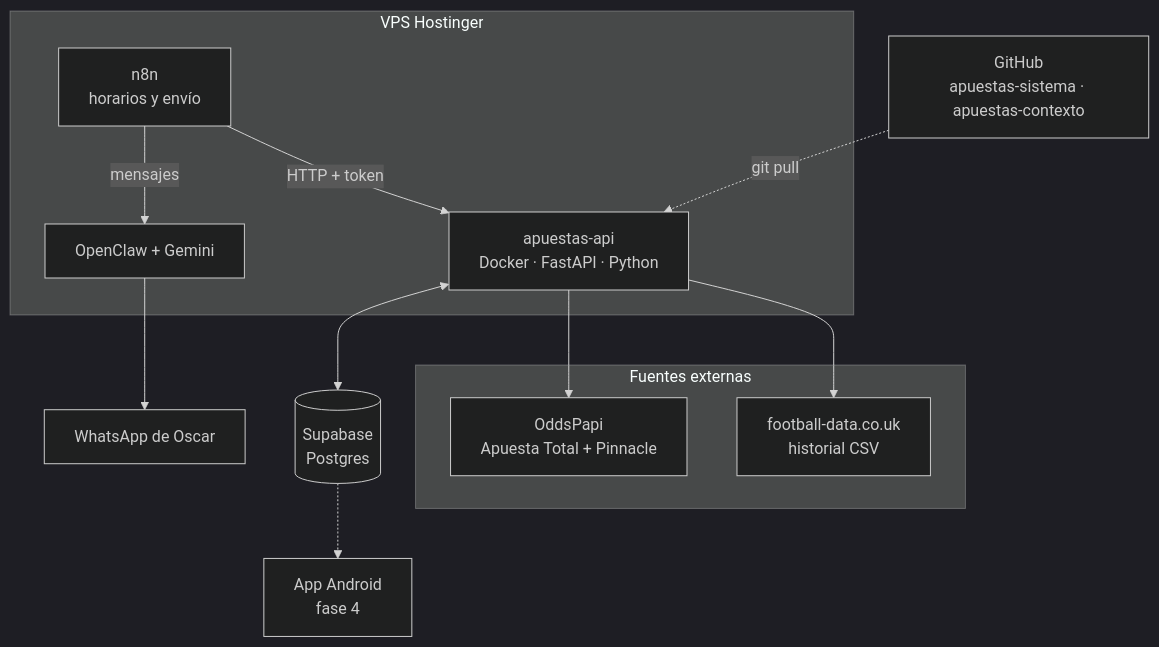
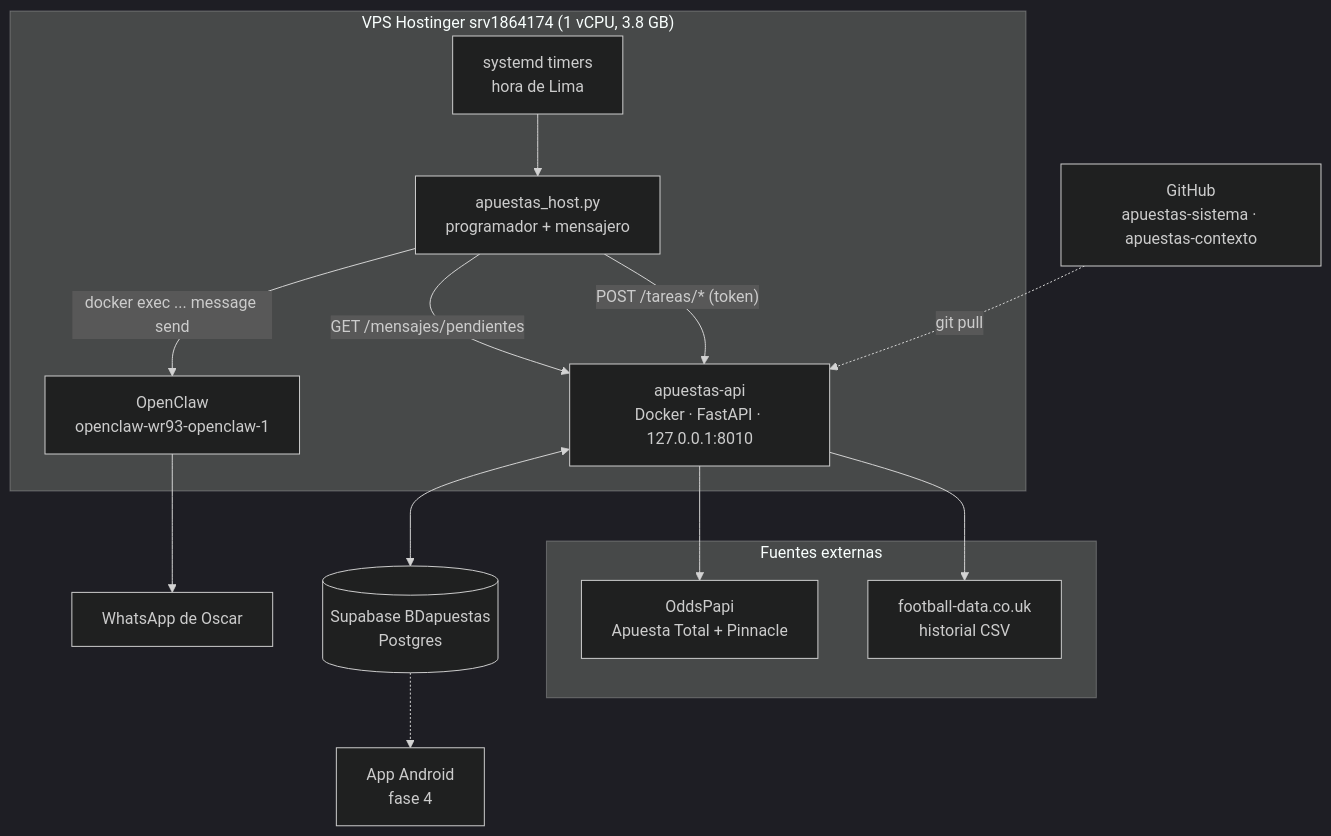
Before and after one commit to Oscar20024/apuestas-contexto: the first of 3 diagrams in 01-arquitectura/arquitectura.md, drawn with Mermaid (dark theme). The commit also changed other lines of this file and 14 other files, not shown here.

Commit message:
v1.2.0: VPS real, Supabase BDapuestas, ADR 0010

````diff
--- a/01-arquitectura/arquitectura.md
+++ b/01-arquitectura/arquitectura.md
@@ -5,26 +5,29 @@
 ```mermaid
 flowchart TB
     subgraph Fuentes externas
         FD[football-data.co.uk<br/>historial CSV]
         OP[OddsPapi<br/>Apuesta Total + Pinnacle]
     end
 
-    subgraph VPS Hostinger
-        N8N[n8n<br/>horarios y envío]
-        API[apuestas-api<br/>Docker · FastAPI · Python]
-        OC[OpenClaw + Gemini]
+    subgraph VPS["VPS Hostinger srv1864174 (1 vCPU, 3.8 GB)"]
+        T[systemd timers<br/>hora de Lima]
+        H[apuestas_host.py<br/>programador + mensajero]
+        API[apuestas-api<br/>Docker · FastAPI · 127.0.0.1:8010]
+        OC[OpenClaw<br/>openclaw-wr93-openclaw-1]
     end
 
-    SB[(Supabase<br/>Postgres)]
+    SB[(Supabase BDapuestas<br/>Postgres)]
     GH[GitHub<br/>apuestas-sistema · apuestas-contexto]
     WA[WhatsApp de Oscar]
     APP[App Android<br/>fase 4]
 
-    N8N -- HTTP + token --> API
+    T --> H
+    H -- "POST /tareas/* (token)" --> API
     API --> FD
     API --> OP
     API <--> SB
-    N8N -- mensajes --> OC --> WA
+    H -- "GET /mensajes/pendientes" --> API
+    H -- "docker exec ... message send" --> OC --> WA
     SB -.-> APP
     GH -. git pull .-> API
 ```
````
